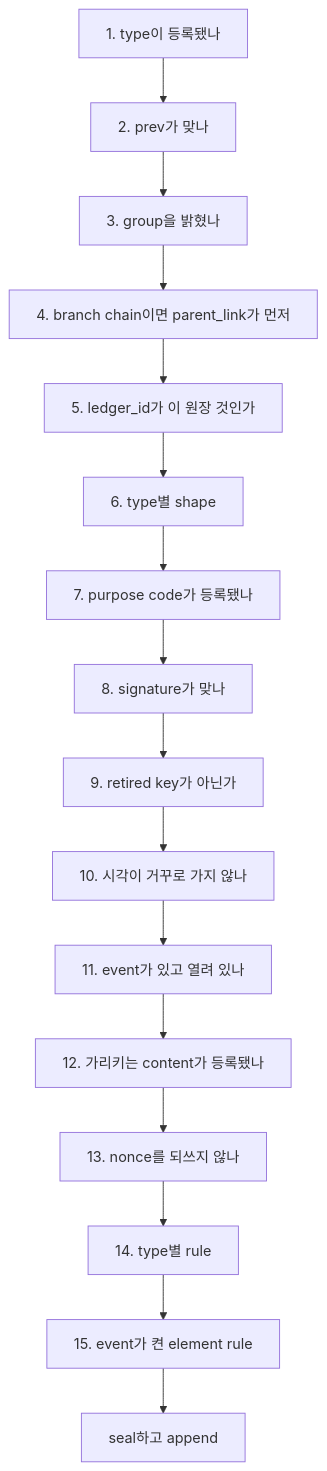
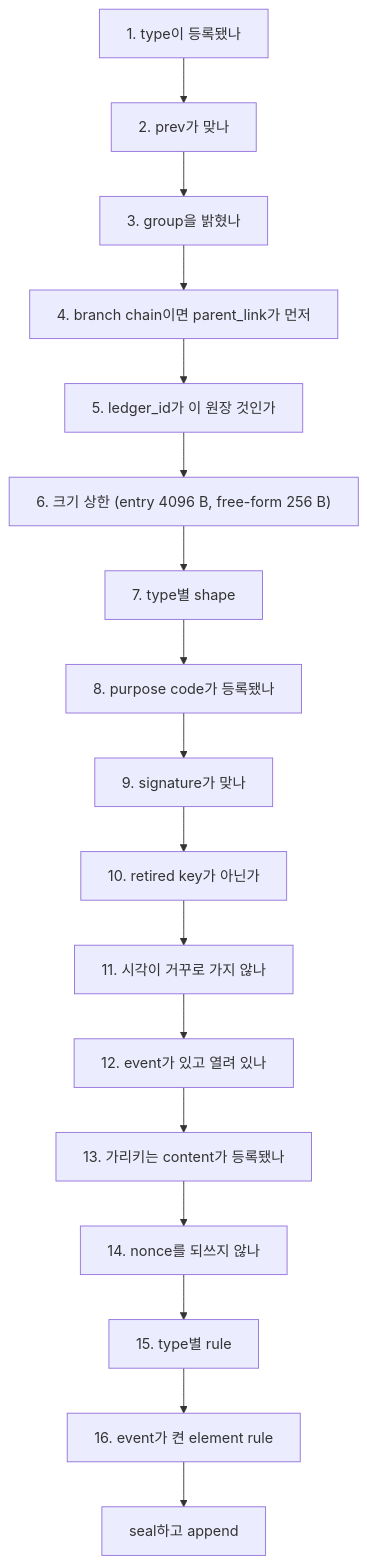
The sixth of 32 diagrams in docs/education.md (tanminkwan/share-ur-tokens), drawn with Mermaid before and after one commit. The commit also changed other lines of this file and 25 other files, not shown here.

````diff
--- a/docs/education.md
+++ b/docs/education.md
@@ -153,10 +153,10 @@
 ```mermaid
 %%{init: {"flowchart": {"wrappingWidth": 400}}}%%
 flowchart TB
     A["1. type이 등록됐나"] --> B["2. prev가 맞나"] --> C["3. group을 밝혔나"]
     C --> D["4. branch chain이면 parent_link가 먼저"] --> E["5. ledger_id가 이 원장 것인가"]
-    E --> F["6. type별 shape"] --> G["7. purpose code가 등록됐나"] --> H["8. signature가 맞나"]
-    H --> I["9. retired key가 아닌가"] --> J["10. 시각이 거꾸로 가지 않나"] --> K["11. event가 있고 열려 있나"]
-    K --> L["12. 가리키는 content가 등록됐나"] --> M["13. nonce를 되쓰지 않나"] --> N["14. type별 rule"]
-    N --> O["15. event가 켠 element rule"] --> P["seal하고 append"]
+    E --> S["6. 크기 상한 (entry 4096 B, free-form 256 B)"] --> F["7. type별 shape"] --> G["8. purpose code가 등록됐나"]
+    G --> H["9. signature가 맞나"] --> I["10. retired key가 아닌가"] --> J["11. 시각이 거꾸로 가지 않나"]
+    J --> K["12. event가 있고 열려 있나"] --> L["13. 가리키는 content가 등록됐나"] --> M["14. nonce를 되쓰지 않나"]
+    M --> N["15. type별 rule"] --> O["16. event가 켠 element rule"] --> P["seal하고 append"]
 ```
````
